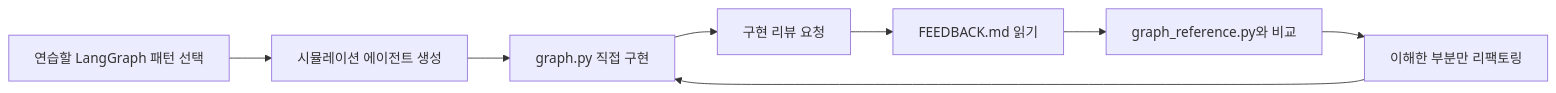
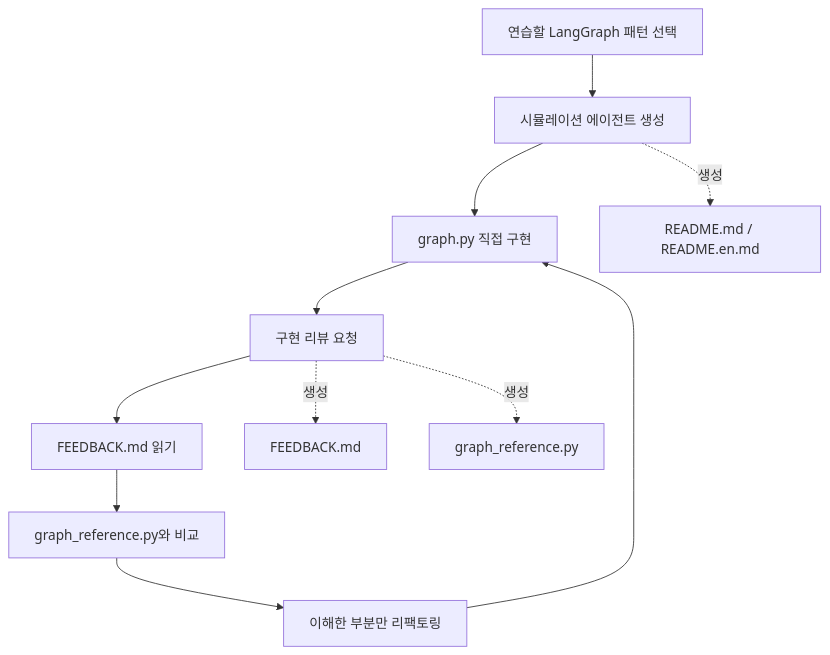
The diagram in README.md (heecheon92/langgraph-playground), drawn with Mermaid before and after one commit. The commit also changed 24 other files, not shown here.

````diff
--- a/README.md
+++ b/README.md
@@ -54,10 +54,14 @@
 ```mermaid
-flowchart LR
+flowchart TD
     A[연습할 LangGraph 패턴 선택] --> B[시뮬레이션 에이전트 생성]
     B --> C[graph.py 직접 구현]
     C --> D[구현 리뷰 요청]
     D --> E[FEEDBACK.md 읽기]
     E --> F[graph_reference.py와 비교]
     F --> G[이해한 부분만 리팩토링]
     G --> C
+
+    B -. 생성 .-> B1[README.md / README.en.md]
+    D -. 생성 .-> D1[FEEDBACK.md]
+    D -. 생성 .-> D2[graph_reference.py]
 ```
````
